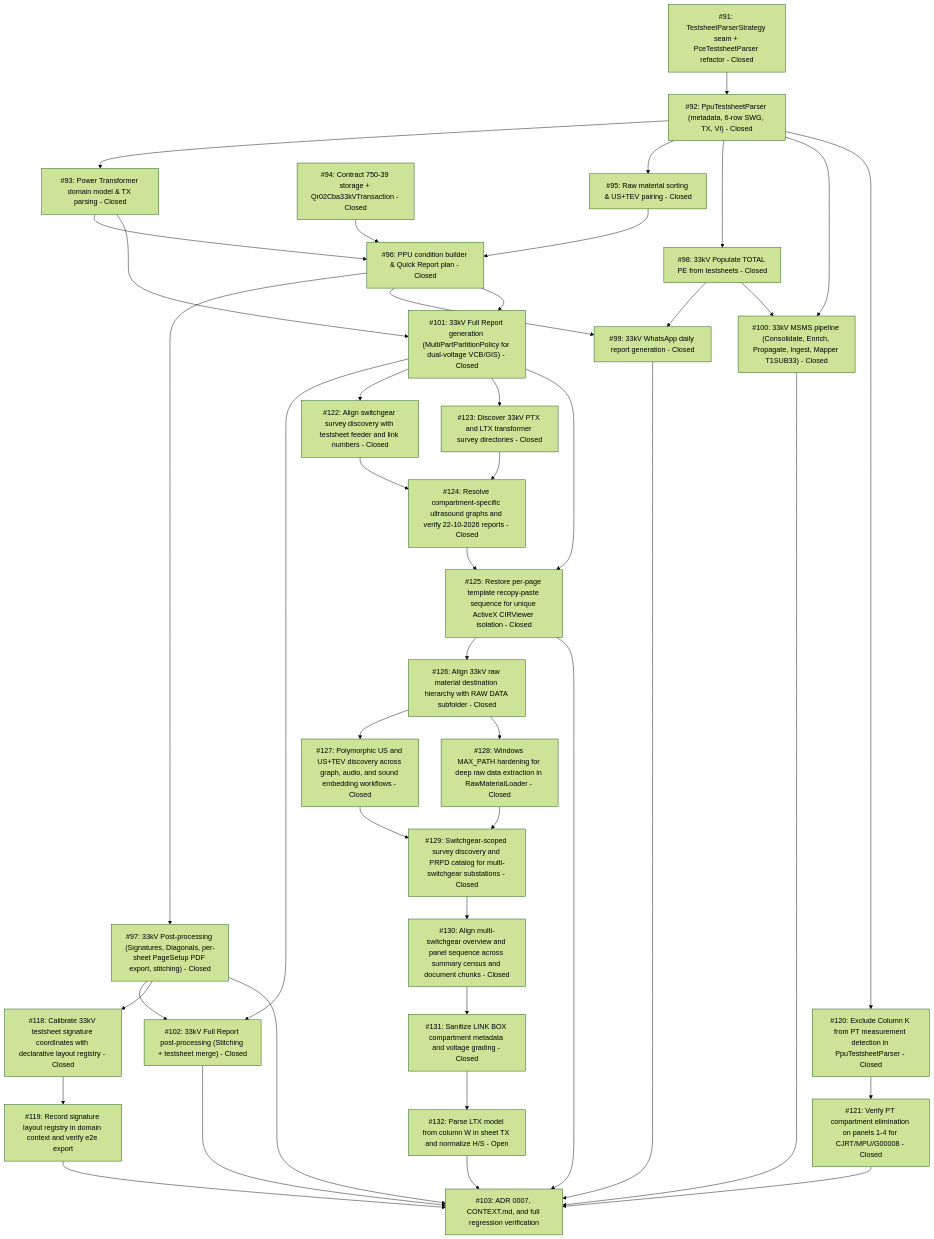
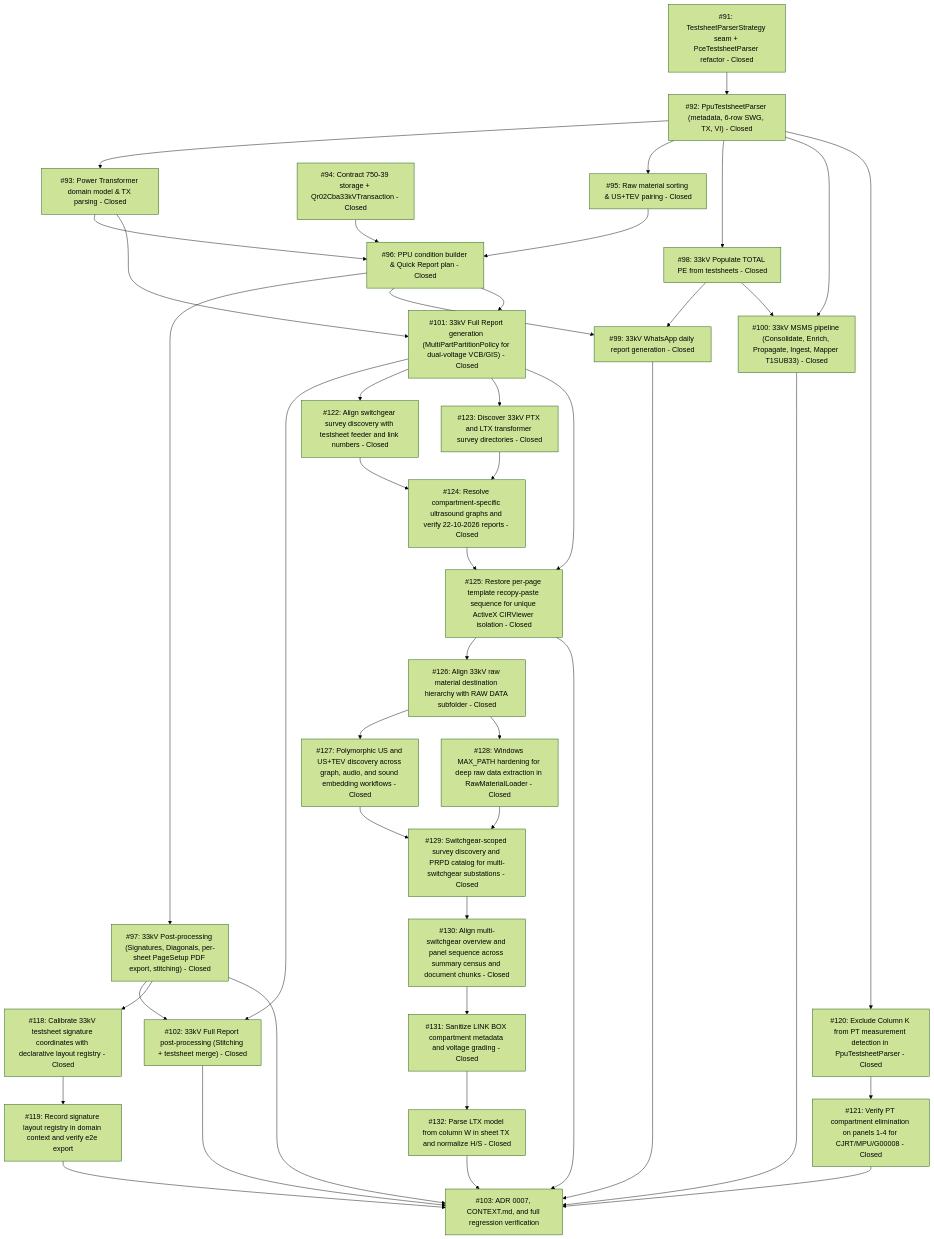
Before and after one commit to adamlarGit/pahang-cli: the diagram in .wayfinder/33kv-system-workflow/map.md, drawn with Mermaid (forest theme). The commit also changed other lines of this file and 1 other file, not shown here.

Commit message:
docs(wayfinder): close ticket #132

````diff
--- a/.wayfinder/33kv-system-workflow/map.md
+++ b/.wayfinder/33kv-system-workflow/map.md
@@ -55,74 +55,74 @@
 ```mermaid
 graph TD
     T91["#91: TestsheetParserStrategy seam + PceTestsheetParser refactor - Closed"]
     T92["#92: PpuTestsheetParser (metadata, 6-row SWG, TX, VI) - Closed"]
     T93["#93: Power Transformer domain model & TX parsing - Closed"]
     T94["#94: Contract 750-39 storage + Qr02Cba33kVTransaction - Closed"]
     T95["#95: Raw material sorting & US+TEV pairing - Closed"]
     T96["#96: PPU condition builder & Quick Report plan - Closed"]
     T97["#97: 33kV Post-processing (Signatures, Diagonals, per-sheet PageSetup PDF export, stitching) - Closed"]
     T98["#98: 33kV Populate TOTAL PE from testsheets - Closed"]
     T99["#99: 33kV WhatsApp daily report generation - Closed"]
     T100["#100: 33kV MSMS pipeline (Consolidate, Enrich, Propagate, Ingest, Mapper T1SUB33) - Closed"]
     T101["#101: 33kV Full Report generation (MultiPartPartitionPolicy for dual-voltage VCB/GIS) - Closed"]
     T102["#102: 33kV Full Report post-processing (Stitching + testsheet merge) - Closed"]
     T118["#118: Calibrate 33kV testsheet signature coordinates with declarative layout registry - Closed"]
     T119["#119: Record signature layout registry in domain context and verify e2e export"]
     T120["#120: Exclude Column K from PT measurement detection in PpuTestsheetParser - Closed"]
     T121["#121: Verify PT compartment elimination on panels 1-4 for CJRT/MPU/G00008 - Closed"]
     T122["#122: Align switchgear survey discovery with testsheet feeder and link numbers - Closed"]
     T123["#123: Discover 33kV PTX and LTX transformer survey directories - Closed"]
     T124["#124: Resolve compartment-specific ultrasound graphs and verify 22-10-2026 reports - Closed"]
     T125["#125: Restore per-page template recopy-paste sequence for unique ActiveX CIRViewer isolation - Closed"]
     T126["#126: Align 33kV raw material destination hierarchy with RAW DATA subfolder - Closed"]
     T127["#127: Polymorphic US and US+TEV discovery across graph, audio, and sound embedding workflows - Closed"]
     T128["#128: Windows MAX_PATH hardening for deep raw data extraction in RawMaterialLoader - Closed"]
     T129["#129: Switchgear-scoped survey discovery and PRPD catalog for multi-switchgear substations - Closed"]
     T130["#130: Align multi-switchgear overview and panel sequence across summary census and document chunks - Closed"]
     T131["#131: Sanitize LINK BOX compartment metadata and voltage grading - Closed"]
-    T132["#132: Parse LTX model from column W in sheet TX and normalize H/S - Open"]
+    T132["#132: Parse LTX model from column W in sheet TX and normalize H/S - Closed"]
     T103["#103: ADR 0007, CONTEXT.md, and full regression verification"]
 
     T91 --> T92
     T92 --> T93
     T92 --> T95
     T92 --> T98
     T94 --> T96
     T93 --> T96
     T95 --> T96
     T96 --> T97
     T96 --> T99
     T98 --> T99
     T98 --> T100
     T92 --> T100
     T93 --> T101
     T96 --> T101
     T97 --> T102
     T101 --> T102
     T97 --> T118
     T118 --> T119
     T119 --> T103
     T92 --> T120
     T120 --> T121
     T121 --> T103
     T101 --> T122
     T101 --> T123
     T122 --> T124
     T123 --> T124
     T124 --> T125
     T125 --> T126
     T126 --> T127
     T126 --> T128
     T127 --> T129
     T128 --> T129
     T129 --> T130
     T130 --> T131
     T131 --> T132
     T132 --> T103
     T101 --> T125
     T125 --> T103
     T97 --> T103
     T99 --> T103
     T100 --> T103
     T102 --> T103
 ```
````
